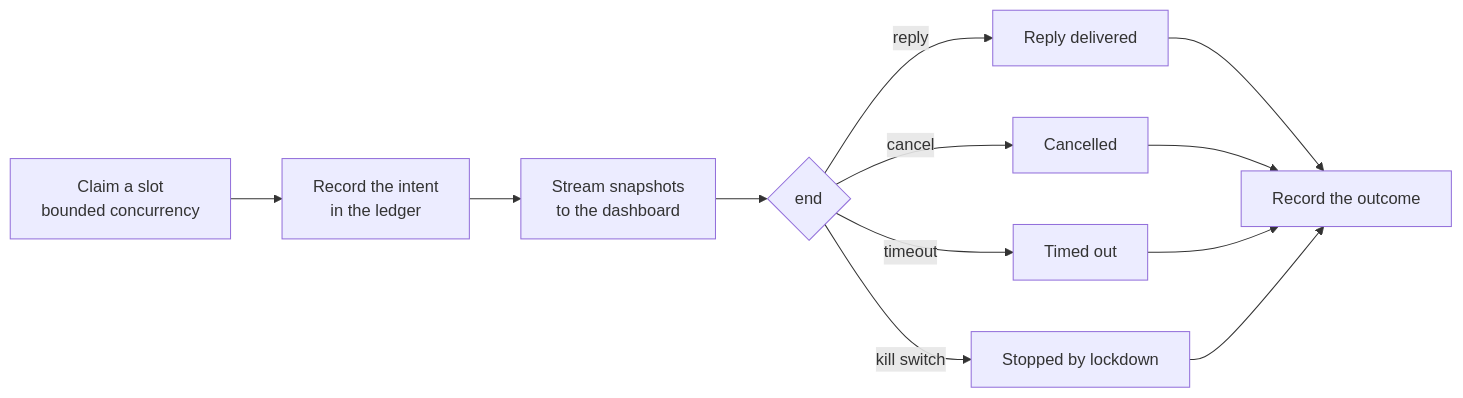
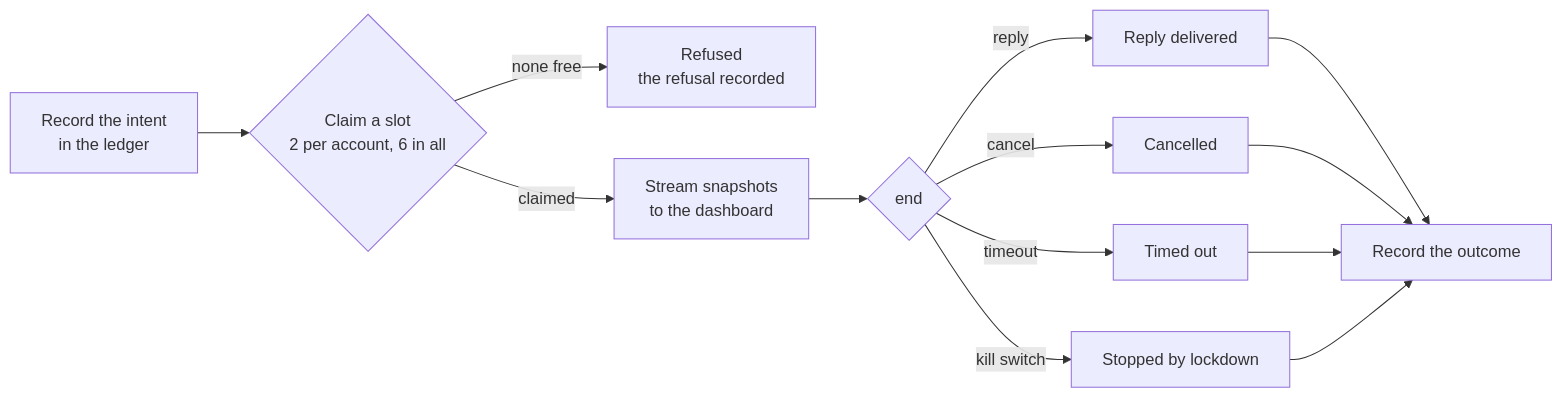
One commit to KinanRadaideh/openclaw-governance-layer changed the tenth of 23 diagrams in docs-notes/FIGURES.md. Above: the diagram before and after it, drawn with Mermaid. The commit also changed other lines of this file and 10 other files, not shown here.

````diff
--- a/docs-notes/FIGURES.md
+++ b/docs-notes/FIGURES.md
@@ -1086,14 +1230,15 @@
 ```mermaid
 flowchart LR
-  S["Claim a slot<br/>bounded concurrency"] --> I["Record the intent<br/>in the ledger"]
-  I --> ST["Stream snapshots<br/>to the dashboard"]
+  I["Record the intent<br/>in the ledger"] --> S{"Claim a slot<br/>2 per account, 6 in all"}
+  S -->|none free| F["Refused<br/>the refusal recorded"]
+  S -->|claimed| ST["Stream snapshots<br/>to the dashboard"]
   ST --> E{"end"}
   E -->|reply| R["Reply delivered"]
   E -->|cancel| C["Cancelled"]
   E -->|timeout| T["Timed out"]
   E -->|kill switch| K["Stopped by lockdown"]
   R --> O["Record the outcome"]
   C --> O
   T --> O
   K --> O
 ```
````
